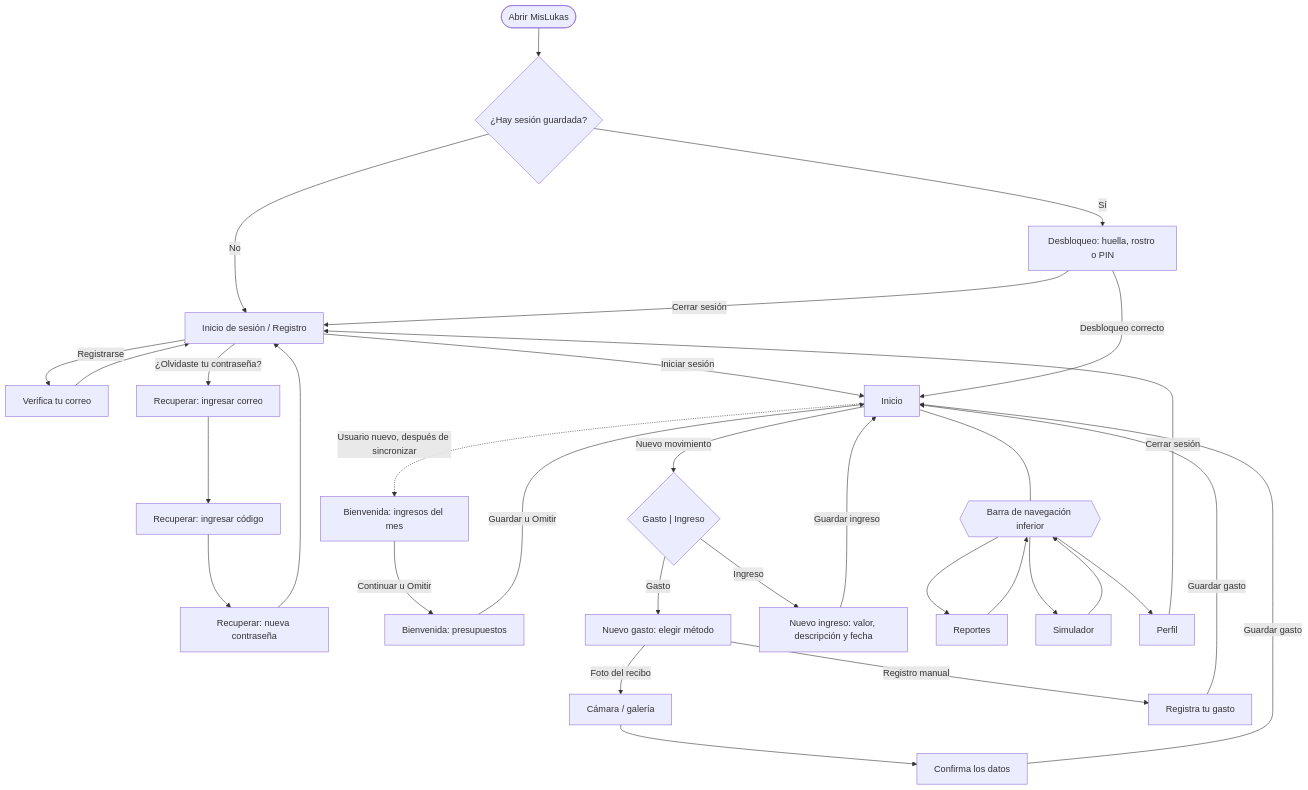
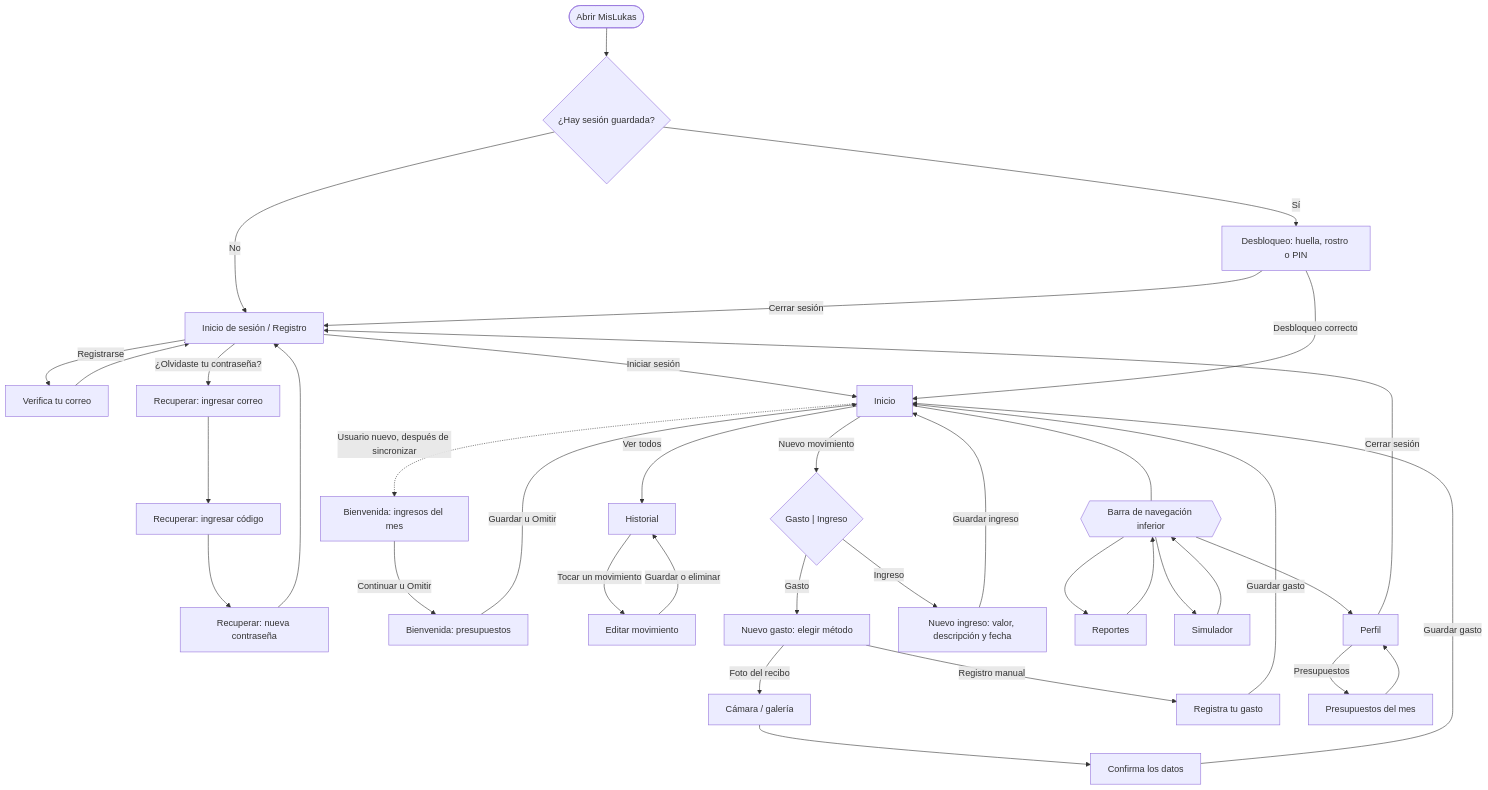
One commit to Aryeisor/MisLukas changed the diagram in docs/05-diseno-ui.md. Above: the diagram before and after it, drawn with Mermaid. The commit also changed other lines of this file and 52 other files, not shown here.

Commit message:
Fase 5E: historial, presupuestos entre meses y fecha en el gasto

````diff
--- a/docs/05-diseno-ui.md
+++ b/docs/05-diseno-ui.md
@@ -26,34 +28,39 @@
 ```mermaid
 flowchart TD
     A(["Abrir MisLukas"]) --> B{"¿Hay sesión guardada?"}
     B -- "No" --> C["Inicio de sesión / Registro"]
     B -- "Sí" --> D["Desbloqueo: huella, rostro o PIN"]
     C -- "Registrarse" --> C2["Verifica tu correo"]
     C2 --> C
     C -- "¿Olvidaste tu contraseña?" --> R1["Recuperar: ingresar correo"]
     R1 --> R2["Recuperar: ingresar código"]
     R2 --> R3["Recuperar: nueva contraseña"]
     R3 --> C
     C -- "Iniciar sesión" --> E["Inicio"]
     D -- "Desbloqueo correcto" --> E
     D -- "Cerrar sesión" --> C
     E -. "Usuario nuevo, después de sincronizar" .-> W1["Bienvenida: ingresos del mes"]
     W1 -- "Continuar u Omitir" --> W2["Bienvenida: presupuestos"]
     W2 -- "Guardar u Omitir" --> E
+    E -- "Ver todos" --> HI["Historial"]
+    HI -- "Tocar un movimiento" --> ED["Editar movimiento"]
+    ED -- "Guardar o eliminar" --> HI
     E -- "Nuevo movimiento" --> F0{"Gasto | Ingreso"}
     F0 -- "Gasto" --> F["Nuevo gasto: elegir método"]
     F0 -- "Ingreso" --> F2["Nuevo ingreso: valor, descripción y fecha"]
     F2 -- "Guardar ingreso" --> E
     F -- "Foto del recibo" --> G["Cámara / galería"]
     G --> H["Confirma los datos"]
     F -- "Registro manual" --> H2["Registra tu gasto"]
     H -- "Guardar gasto" --> E
     H2 -- "Guardar gasto" --> E
     E --- N{{"Barra de navegación inferior"}}
     N --> I["Reportes"]
     N --> J["Simulador"]
     N --> K["Perfil"]
     I --> N
     J --> N
     K -- "Cerrar sesión" --> C
+    K -- "Presupuestos" --> PR["Presupuestos del mes"]
+    PR --> K
 ```
````
